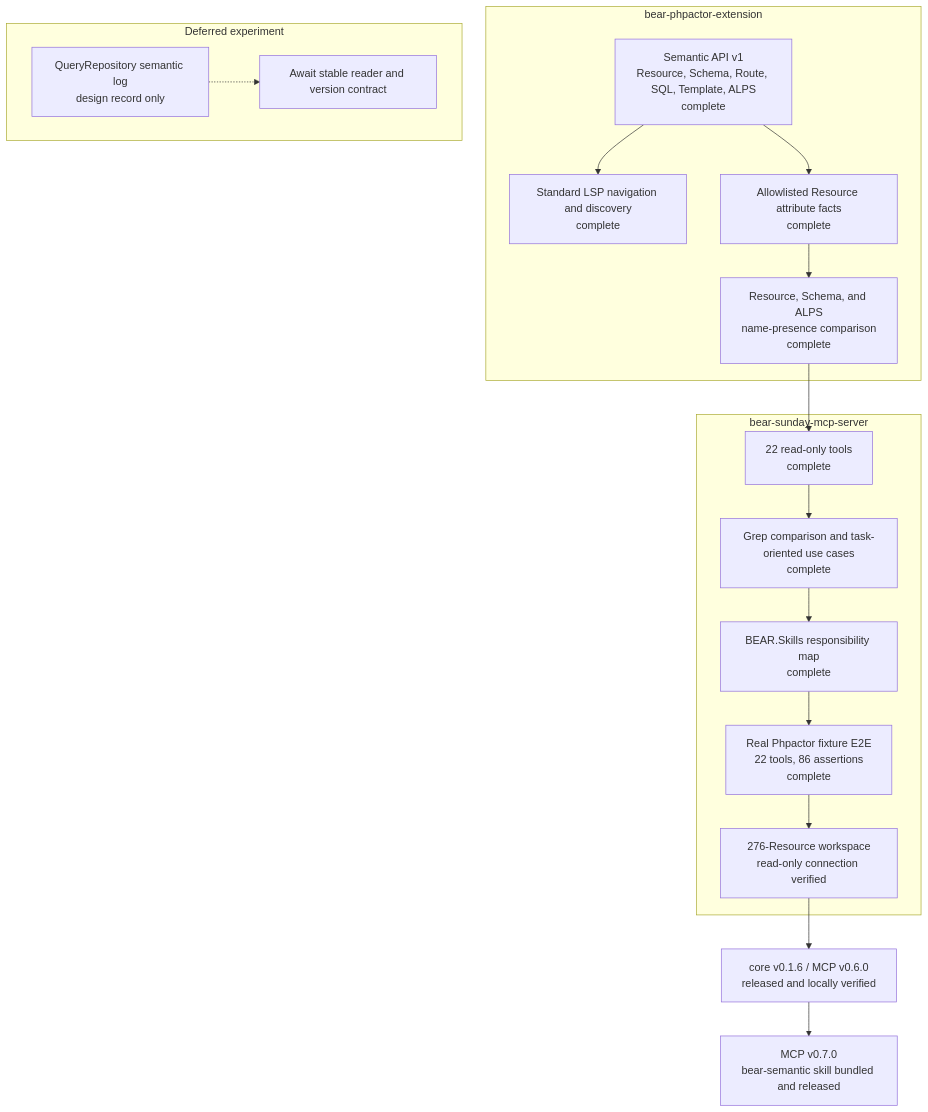
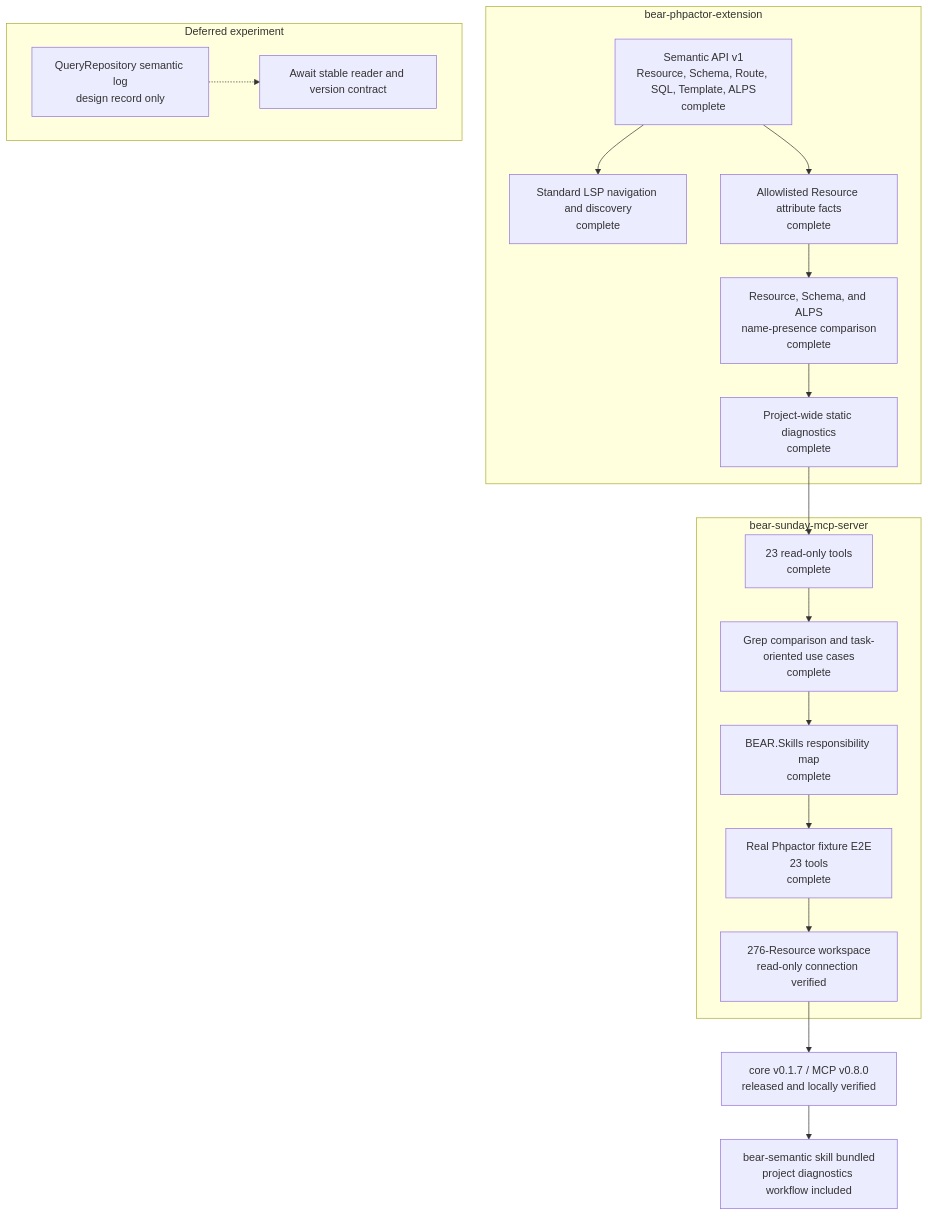
Before and after one commit to suzumaze/bear-sunday-mcp-server: the diagram in docs/project-status.md, drawn with Mermaid. The commit also changed other lines of this file and 16 other files, not shown here.

Commit message:
feat: expose project diagnostics

````diff
--- a/docs/project-status.md
+++ b/docs/project-status.md
@@ -9,31 +9,32 @@
 ```mermaid
 flowchart TB
     subgraph Core["bear-phpactor-extension"]
         C1["Semantic API v1<br/>Resource, Schema, Route, SQL, Template, ALPS<br/>complete"]
         C2["Standard LSP navigation and discovery<br/>complete"]
         C3["Allowlisted Resource attribute facts<br/>complete"]
         C4["Resource, Schema, and ALPS<br/>name-presence comparison<br/>complete"]
+        C5["Project-wide static diagnostics<br/>complete"]
         C1 --> C2
-        C1 --> C3 --> C4
+        C1 --> C3 --> C4 --> C5
     end
 
     subgraph MCP["bear-sunday-mcp-server"]
-        M1["22 read-only tools<br/>complete"]
+        M1["23 read-only tools<br/>complete"]
         M2["Grep comparison and task-oriented use cases<br/>complete"]
         M3["BEAR.Skills responsibility map<br/>complete"]
-        M4["Real Phpactor fixture E2E<br/>22 tools, 86 assertions<br/>complete"]
+        M4["Real Phpactor fixture E2E<br/>23 tools<br/>complete"]
         M5["276-Resource workspace<br/>read-only connection verified"]
         M1 --> M2 --> M3 --> M4 --> M5
     end
 
-    C4 --> M1
+    C5 --> M1
 
     subgraph Deferred["Deferred experiment"]
         D1["QueryRepository semantic log<br/>design record only"]
         D2["Await stable reader and version contract"]
         D1 -.-> D2
     end
 
-    M5 --> R1["core v0.1.6 / MCP v0.6.0<br/>released and locally verified"]
-    R1 --> S1["MCP v0.7.0<br/>bear-semantic skill bundled and released"]
+    M5 --> R1["core v0.1.7 / MCP v0.8.0<br/>released and locally verified"]
+    R1 --> S1["bear-semantic skill bundled<br/>project diagnostics workflow included"]
 ```
````
